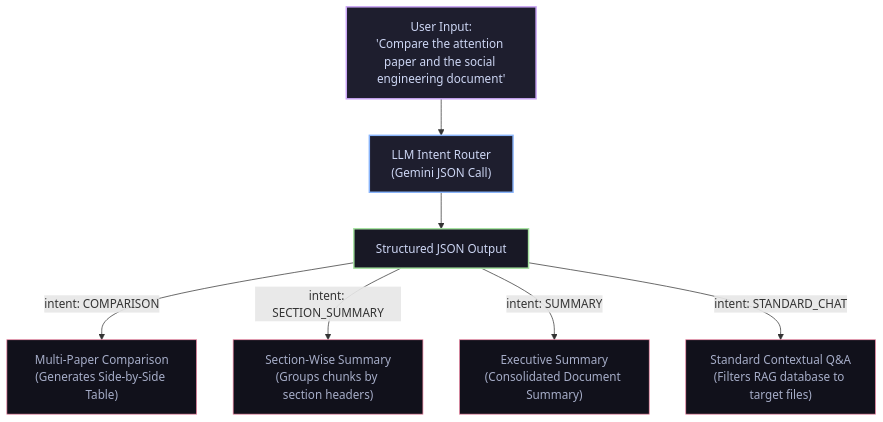
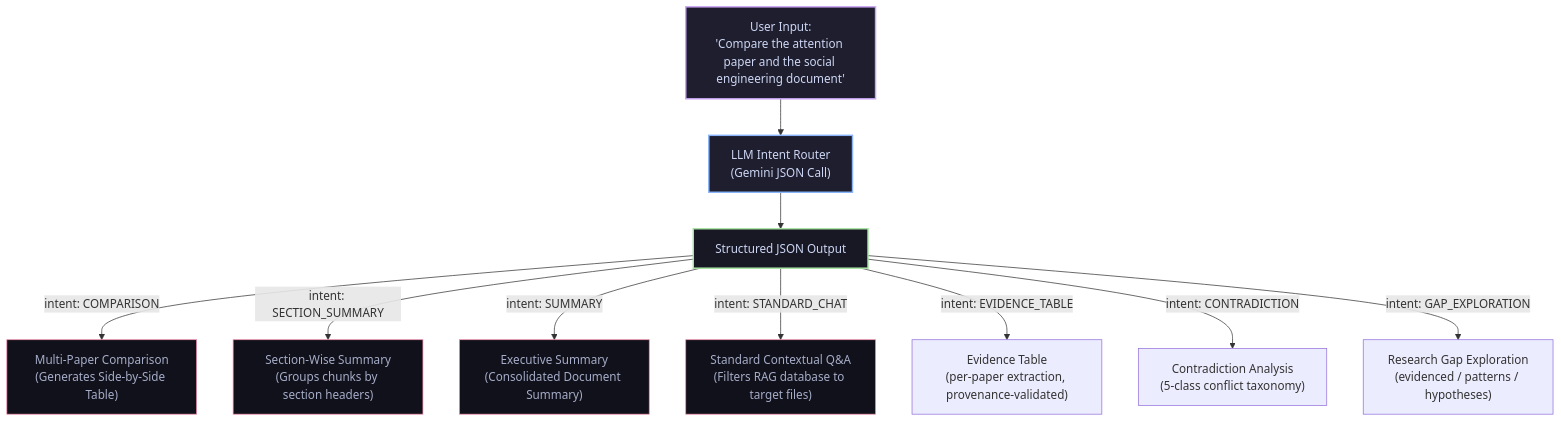
One commit to venkatbayanaboina/research-rag-assistant changed the second of 4 diagrams in README.md. Above: the diagram before and after it, drawn with Mermaid. The commit also changed other lines of this file and 36 other files, not shown here.

````diff
--- a/README.md
+++ b/README.md
@@ -45,20 +80,23 @@
 ```mermaid
 graph TD
     UserQuery["User Input:<br>'Compare the attention paper and the social engineering document'"] 
     --> Router["LLM Intent Router<br>(Gemini JSON Call)"]
     
     Router --> JSON["Structured JSON Output"]
     
     JSON --> |"intent: COMPARISON"| Compare["Multi-Paper Comparison<br>(Generates Side-by-Side Table)"]
     JSON --> |"intent: SECTION_SUMMARY"| Section["Section-Wise Summary<br>(Groups chunks by section headers)"]
     JSON --> |"intent: SUMMARY"| Summary["Executive Summary<br>(Consolidated Document Summary)"]
     JSON --> |"intent: STANDARD_CHAT"| QnA["Standard Contextual Q&A<br>(Filters RAG database to target files)"]
+    JSON --> |"intent: EVIDENCE_TABLE"| EvTab["Evidence Table<br>(per-paper extraction, provenance-validated)"]
+    JSON --> |"intent: CONTRADICTION"| Contra["Contradiction Analysis<br>(5-class conflict taxonomy)"]
+    JSON --> |"intent: GAP_EXPLORATION"| Gaps["Research Gap Exploration<br>(evidenced / patterns / hypotheses)"]
     
     style UserQuery fill:#1e1e2e,stroke:#cba6f7,stroke-width:2px,color:#cdd6f4
     style Router fill:#1e1e2e,stroke:#89b4fa,stroke-width:2px,color:#cdd6f4
     style JSON fill:#181825,stroke:#a6e3a1,stroke-width:2px,color:#cdd6f4
     style Compare fill:#11111b,stroke:#f38ba8,stroke-width:1px,color:#a6adc8
     style Section fill:#11111b,stroke:#f38ba8,stroke-width:1px,color:#a6adc8
     style Summary fill:#11111b,stroke:#f38ba8,stroke-width:1px,color:#a6adc8
     style QnA fill:#11111b,stroke:#f38ba8,stroke-width:1px,color:#a6adc8
 ```
````
